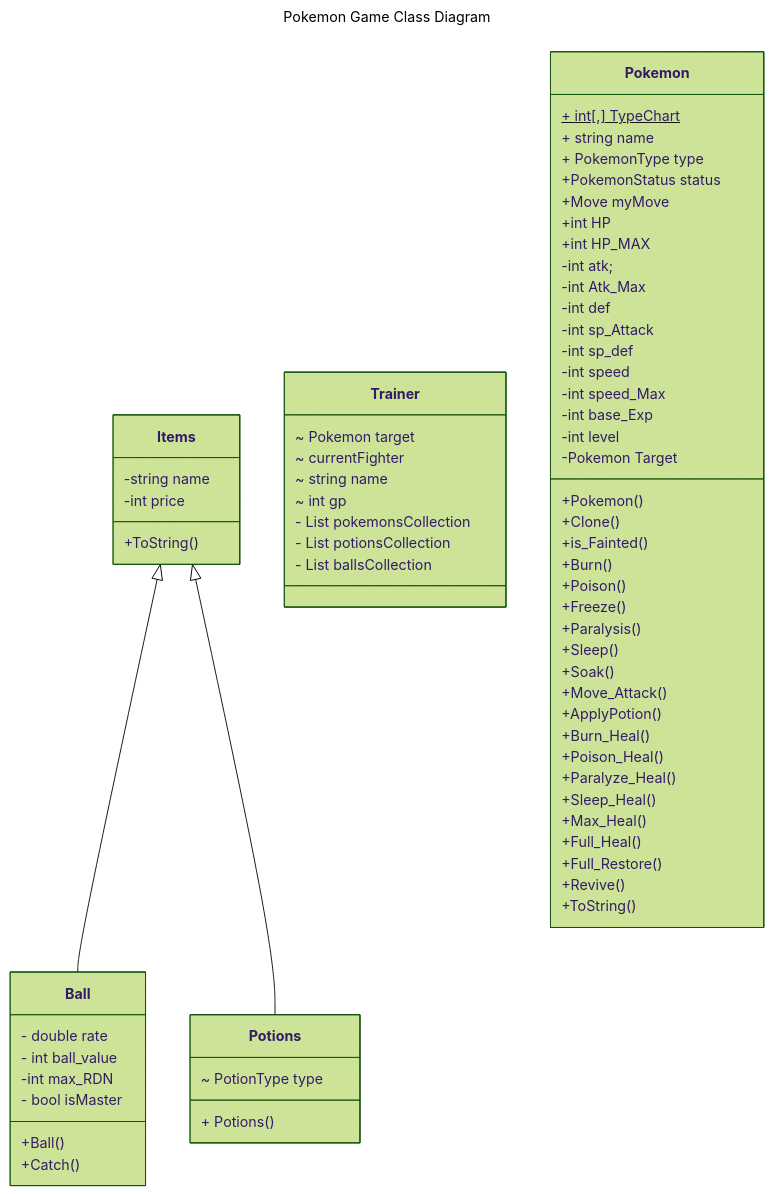
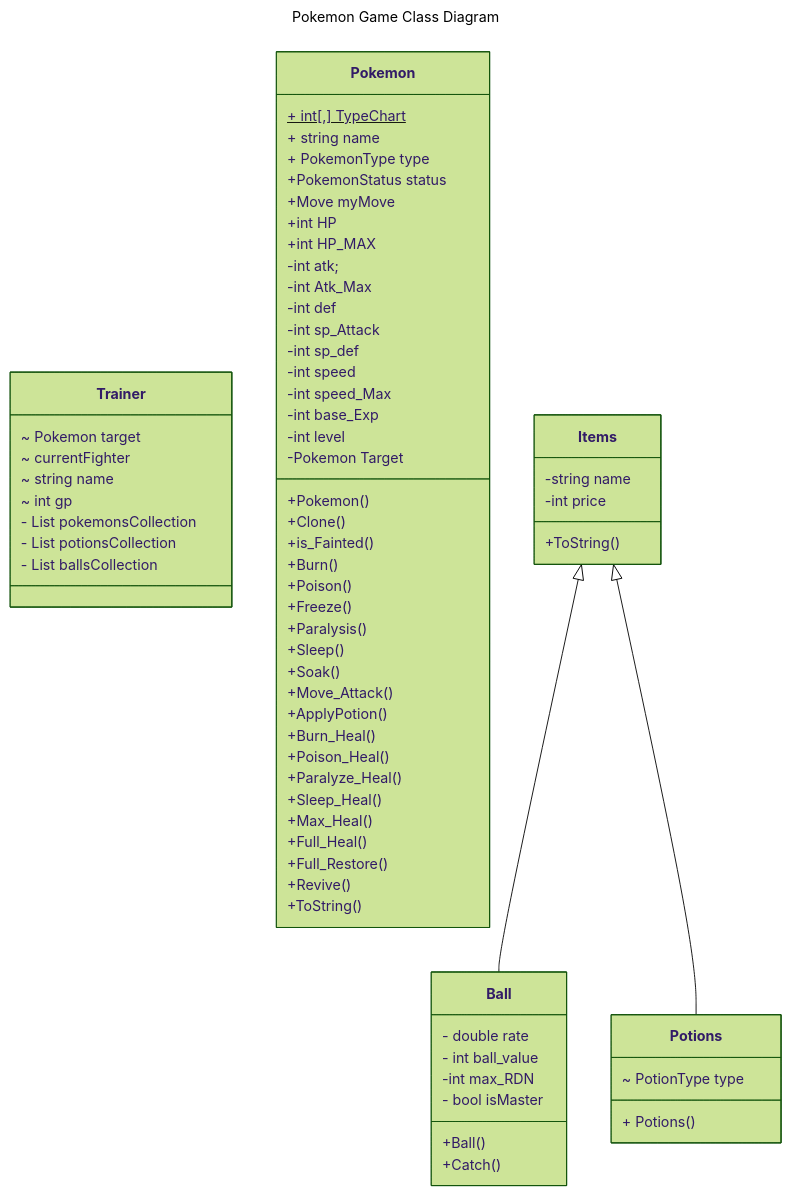
The diagram in README.md (jinxsu/TextBased-Pokemon), drawn with Mermaid (forest theme) before and after one commit.

````diff
--- a/README.md
+++ b/README.md
@@ -1,81 +1,82 @@
 ```mermaid
 ---
 title: Pokemon Game Class Diagram
 ---
 classDiagram
-Items<|-- Ball
-Items<|--Potions
-Items: -string name
-Items: -int price
-Items: +ToString()
-class Ball{
-        - double rate
-        - int ball_value
-        -int max_RDN
-        - bool isMaster
-        +Ball()
-        +Catch()
-    }
-class Potions{
-       ~ PotionType type
-       + Potions()
-    }
 class Trainer{
         ~ Pokemon target
         ~ currentFighter
         ~ string name
         ~ int gp
         - List<Pokemon> pokemonsCollection
         - List<Potions> potionsCollection
         - List<Ball> ballsCollection
 
         
 }
 class Pokemon{
         + int[,] TypeChart$
         + string name
         + PokemonType type
         +PokemonStatus status
         +Move myMove
         +int HP
         +int HP_MAX
         -int atk;
         -int Atk_Max
         -int def
         -int sp_Attack
         -int sp_def
         -int speed
         -int speed_Max
         -int base_Exp
         -int level
         -Pokemon Target
         +Pokemon()
         +Clone()
         +is_Fainted()
         +Burn()
         +Poison()
         +Freeze()
         +Paralysis()
         +Sleep()
         +Soak()
         +Move_Attack()
         +ApplyPotion()
         +Burn_Heal()
         +Poison_Heal()
         +Paralyze_Heal()
         +Sleep_Heal()
         +Max_Heal()
         +Full_Heal()
         +Full_Restore()
         +Revive()
         +ToString()
         
 }
+Items<|-- Ball
+Items<|--Potions
+Items: -string name
+Items: -int price
+Items: +ToString()
+class Ball{
+        - double rate
+        - int ball_value
+        -int max_RDN
+        - bool isMaster
+        +Ball()
+        +Catch()
+    }
+class Potions{
+       ~ PotionType type
+       + Potions()
+    }
+
 
 
 
 
 
 
 
 ```
````
